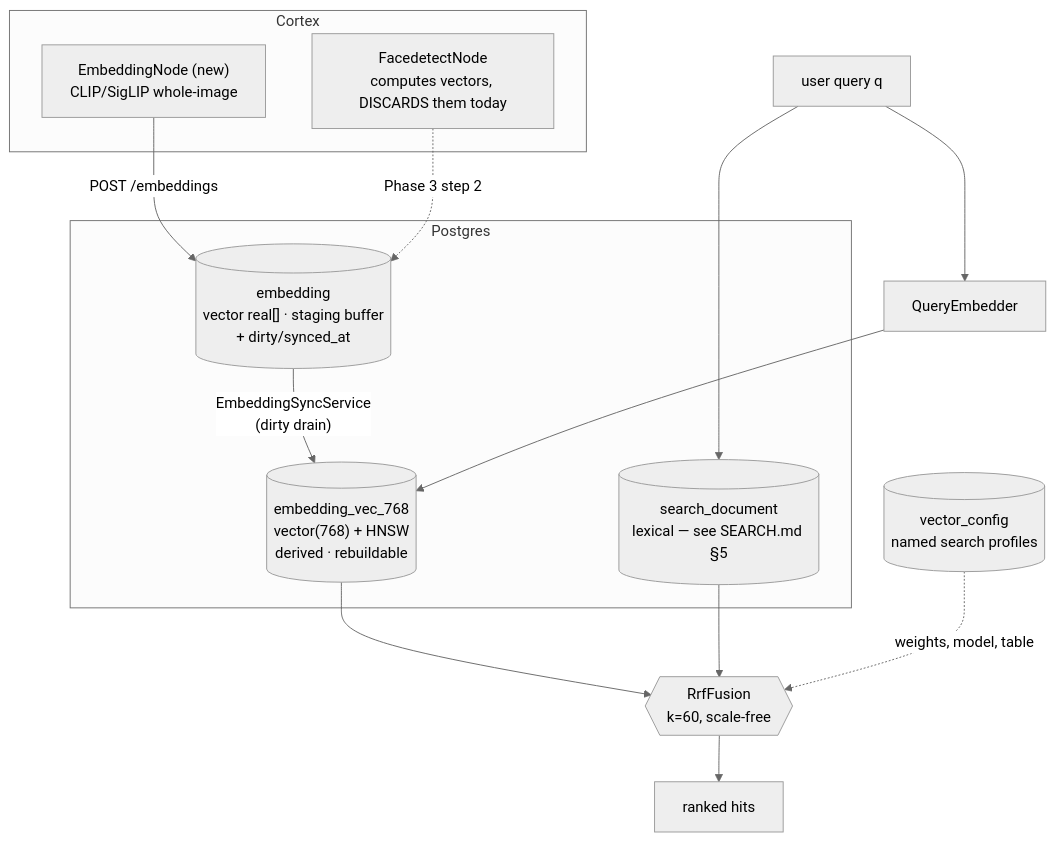
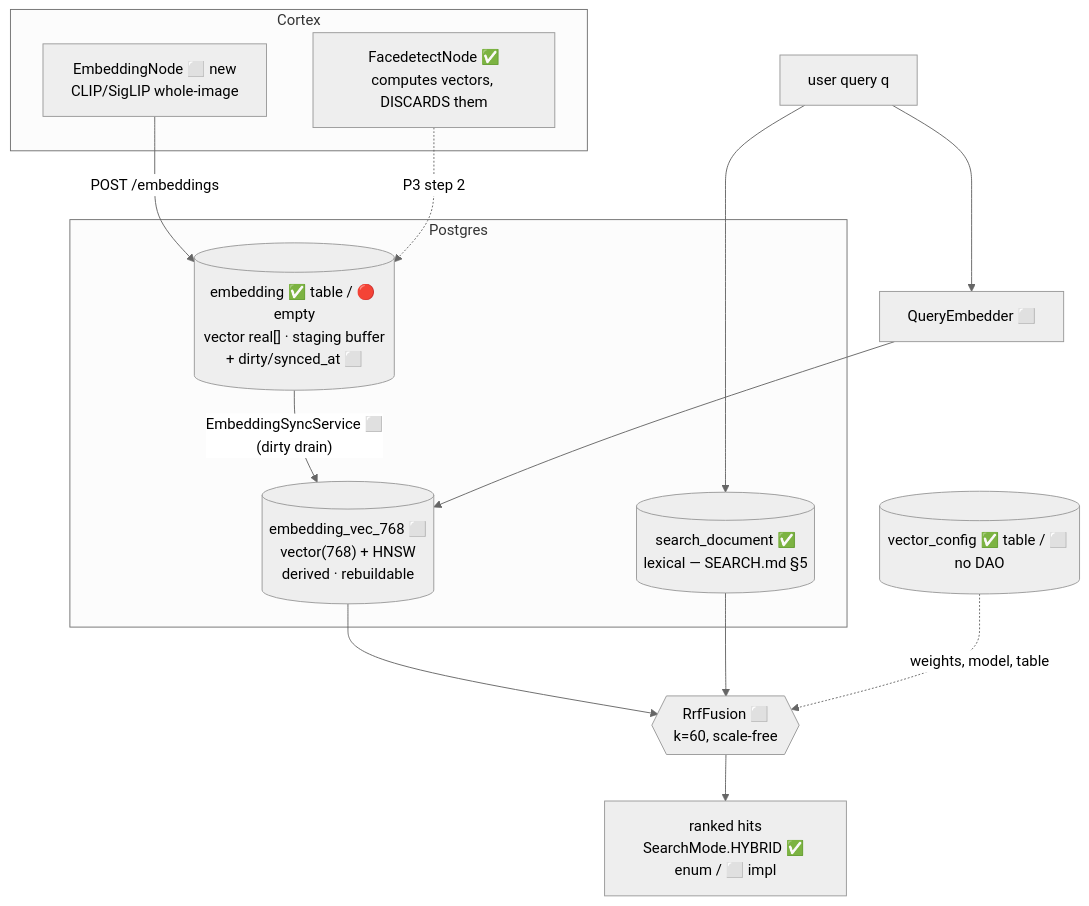
One commit to metaloom/metaloom changed the diagram in spec/features/search/SEMANTIC_SEARCH.md. Above: the diagram before and after it, drawn with Mermaid (neutral theme). The commit also changed other lines of this file and 53 other files, not shown here.

````diff
--- a/spec/features/search/SEMANTIC_SEARCH.md
+++ b/spec/features/search/SEMANTIC_SEARCH.md
@@ -60,25 +79,25 @@
 ```mermaid
 graph TB
     subgraph cortex["Cortex"]
-        EN["EmbeddingNode (new)<br/>CLIP/SigLIP whole-image"]
-        FD["FacedetectNode<br/>computes vectors, DISCARDS them today"]
+        EN["EmbeddingNode ⬜ new<br/>CLIP/SigLIP whole-image"]
+        FD["FacedetectNode ✅<br/>computes vectors, DISCARDS them"]
     end
     EN -->|"POST /embeddings"| EMB
-    FD -.->|"Phase 3 step 2"| EMB
+    FD -.->|"P3 step 2"| EMB
 
     subgraph pg["Postgres"]
-        EMB[("embedding<br/>vector real[] · staging buffer<br/>+ dirty/synced_at")]
-        VEC[("embedding_vec_768<br/>vector(768) + HNSW<br/>derived · rebuildable")]
-        DOC[("search_document<br/>lexical — see SEARCH.md §5")]
-        EMB -->|"EmbeddingSyncService<br/>(dirty drain)"| VEC
+        EMB[("embedding ✅ table / 🔴 empty<br/>vector real[] · staging buffer<br/>+ dirty/synced_at ⬜")]
+        VEC[("embedding_vec_768 ⬜<br/>vector(768) + HNSW<br/>derived · rebuildable")]
+        DOC[("search_document ✅<br/>lexical — SEARCH.md §5")]
+        EMB -->|"EmbeddingSyncService ⬜<br/>(dirty drain)"| VEC
     end
 
-    Q["user query q"] --> QE["QueryEmbedder"]
+    Q["user query q"] --> QE["QueryEmbedder ⬜"]
     QE --> VEC
     Q --> DOC
-    VEC --> RRF{{"RrfFusion<br/>k=60, scale-free"}}
+    VEC --> RRF{{"RrfFusion ⬜<br/>k=60, scale-free"}}
     DOC --> RRF
-    RRF --> RES["ranked hits"]
+    RRF --> RES["ranked hits<br/>SearchMode.HYBRID ✅ enum / ⬜ impl"]
 
-    VC[("vector_config<br/>named search profiles")] -.->|"weights, model, table"| RRF
+    VC[("vector_config ✅ table / ⬜ no DAO")] -.->|"weights, model, table"| RRF
 ```
````
